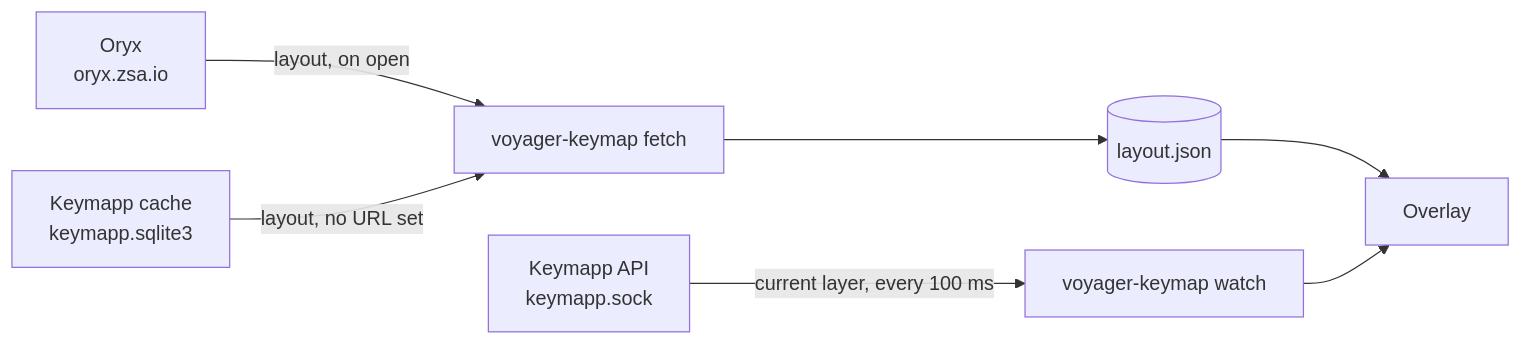
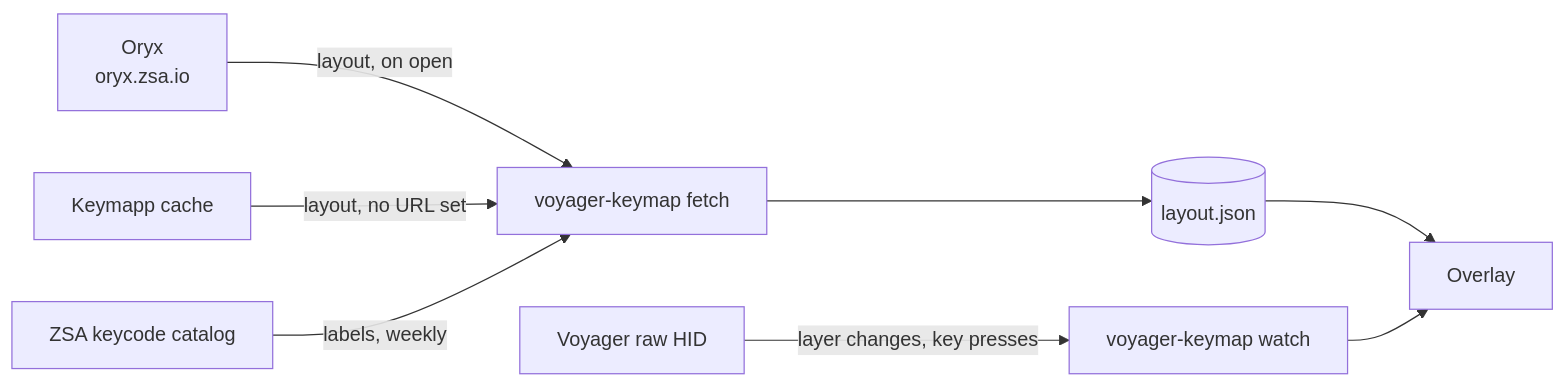
Before and after one commit to mark-omarov/omarchy-voyager-keymap: the diagram in README.md, drawn with Mermaid. The commit also changed other lines of this file and 10 other files, not shown here.

````diff
--- a/README.md
+++ b/README.md
@@ -70,9 +88,10 @@
 ```mermaid
 flowchart LR
   oryx[Oryx<br/>oryx.zsa.io] -->|layout, on open| helper
-  cache[Keymapp cache<br/>keymapp.sqlite3] -->|layout, no URL set| helper
+  cache[Keymapp cache] -->|layout, no URL set| helper
+  zsa[ZSA keycode catalog] -->|labels, weekly| helper
   helper[voyager-keymap fetch] --> json[(layout.json)]
   json --> overlay[Overlay]
-  keymapp[Keymapp API<br/>keymapp.sock] -->|current layer, every 100 ms| watch[voyager-keymap watch]
+  board[Voyager raw HID] -->|layer changes, key presses| watch[voyager-keymap watch]
   watch --> overlay
 ```
````
